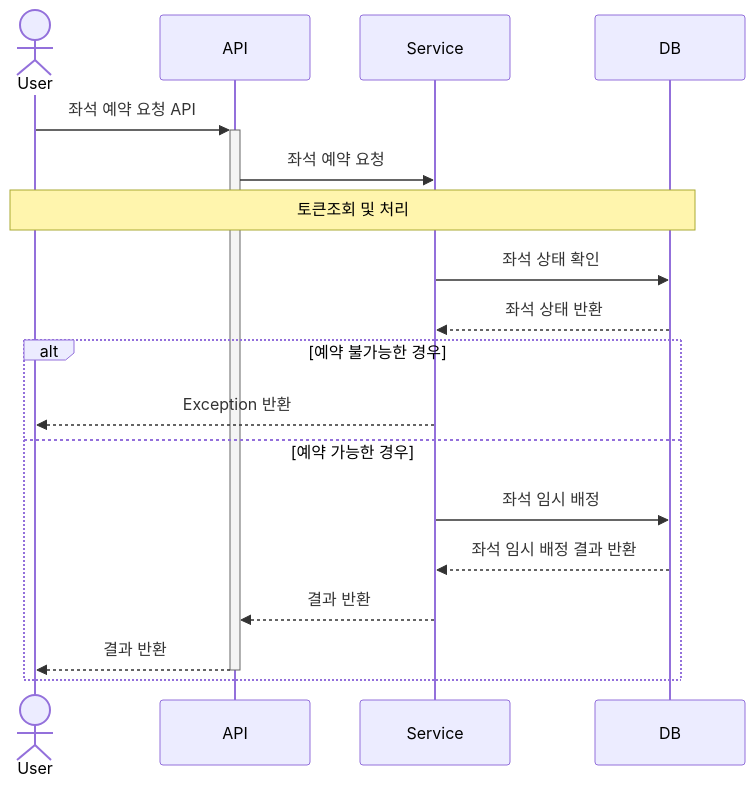
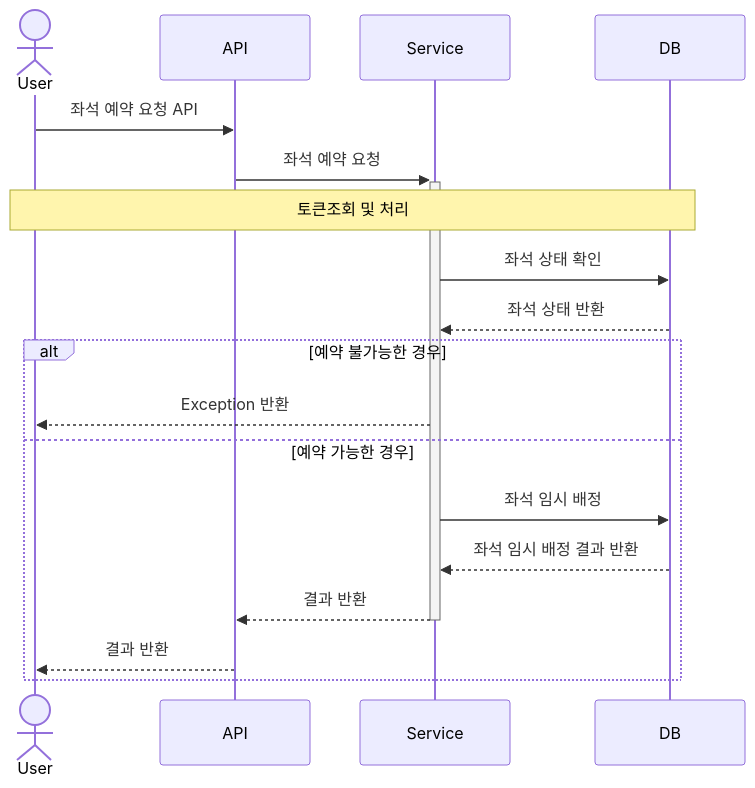
Before and after one commit to hyunn12/concert-reservation: the fourth of 7 diagrams in docs/SequenceDiagram.md, drawn with Mermaid. The commit also changed other lines of this file and 1 other file, not shown here.

Commit message:
refactor: 시퀀스 다이어그램 activation bar 위치 수정 [#3]

````diff
--- a/docs/SequenceDiagram.md
+++ b/docs/SequenceDiagram.md
@@ -62,20 +62,20 @@
 ```mermaid
 sequenceDiagram
     actor User
     
-    User->>+API: 좌석 예약 요청 API
-    API->>Service: 좌석 예약 요청
+    User->>API: 좌석 예약 요청 API
+    API->>+Service: 좌석 예약 요청
 
     Note over User, DB: 토큰조회 및 처리
 
     Service->>DB: 좌석 상태 확인
     DB-->>Service: 좌석 상태 반환
     alt 예약 불가능한 경우
         Service-->>User: Exception 반환
     else 예약 가능한 경우
         Service->>DB: 좌석 임시 배정
         DB-->>Service: 좌석 임시 배정 결과 반환
-        Service-->>API: 결과 반환
-        API-->>-User: 결과 반환
+        Service-->>-API: 결과 반환
+        API-->>User: 결과 반환
     end
 ```
````
